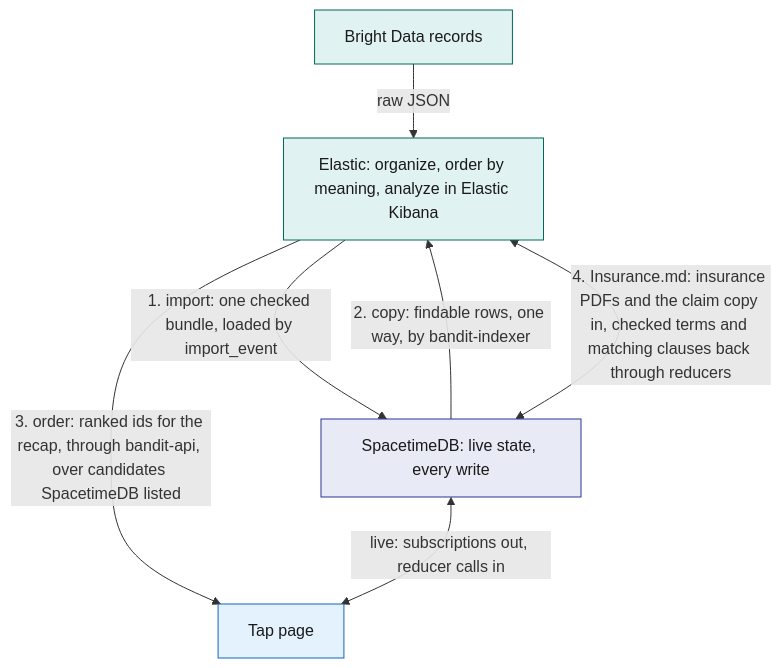
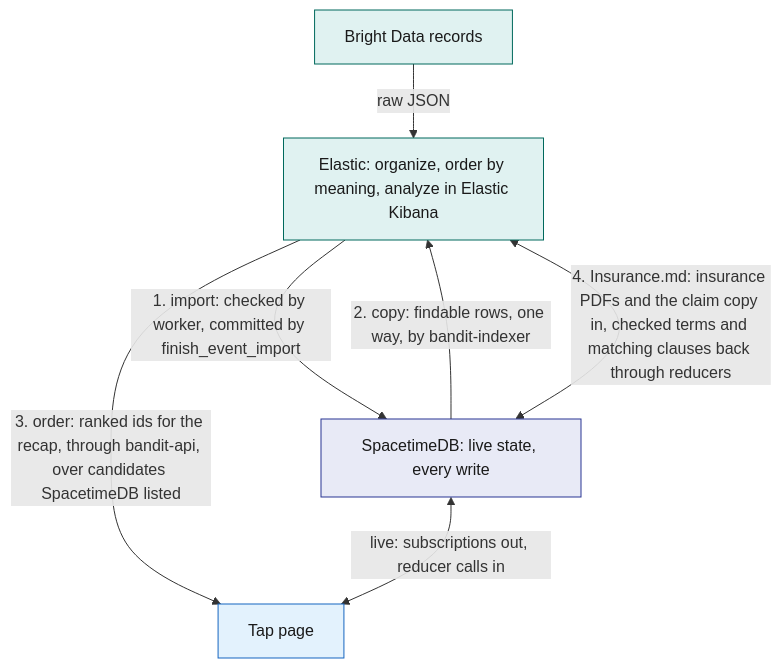
The fifth of 6 diagrams in System Design/1-overview/Architecture.md (viktorinkov/cal-hacks-13), drawn with Mermaid before and after one commit. The commit also changed other lines of this file and 39 other files, not shown here.

````diff
--- a/System Design/1-overview/Architecture.md
+++ b/System Design/1-overview/Architecture.md
@@ -461,15 +461,15 @@
 ```mermaid
 flowchart TB
   BD["Bright Data records"] -->|"raw JSON"| ES["Elastic: organize, order by meaning, analyze in Elastic Kibana"]
-  ES -->|"1. import: one checked bundle, loaded by import_event"| STDB["SpacetimeDB: live state, every write"]
+  ES -->|"1. import: checked by worker, committed by finish_event_import"| STDB["SpacetimeDB: live state, every write"]
   STDB -->|"2. copy: findable rows, one way, by bandit-indexer"| ES
   ES -->|"3. order: ranked ids for the recap, through bandit-api, over candidates SpacetimeDB listed"| APP["Tap page"]
   STDB <-->|"4. Insurance.md: insurance PDFs and the claim copy in, checked terms and matching clauses back through reducers"| ES
   STDB <-->|"live: subscriptions out, reducer calls in"| APP
   classDef stdb fill:#E8EAF6,stroke:#283593,color:#1A1A1A
   classDef ext fill:#E0F2F1,stroke:#00695C,color:#1A1A1A
   classDef web fill:#E3F2FD,stroke:#1565C0,color:#1A1A1A
   class STDB stdb
   class ES,BD ext
   class APP web
 ```
````
